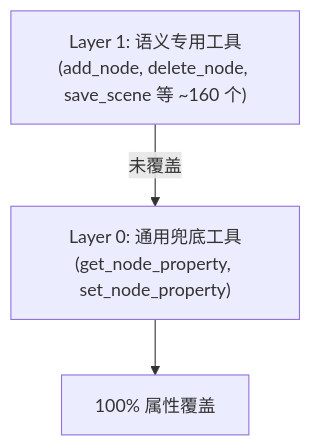
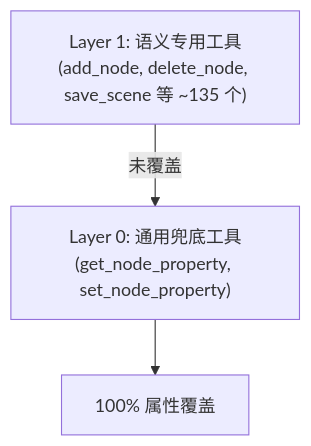
One commit to jesspig/GodotMCP-GDExtension changed the diagram in .repo_wiki/modules/fallback-tools.md. Above: the diagram before and after it, drawn with Mermaid. The commit also changed 21 other files, not shown here.

````diff
--- a/.repo_wiki/modules/fallback-tools.md
+++ b/.repo_wiki/modules/fallback-tools.md
@@ -14,9 +14,9 @@
 ```mermaid
 flowchart TD
-    L1["Layer 1: 语义专用工具<br/>(add_node, delete_node, save_scene 等 ~160 个)"]
+    L1["Layer 1: 语义专用工具<br/>(add_node, delete_node, save_scene 等 ~135 个)"]
     L0["Layer 0: 通用兜底工具<br/>(get_node_property, set_node_property)"]
     ALL["100% 属性覆盖"]
 
     L1 -->|"未覆盖"| L0
     L0 --> ALL
 ```
````
